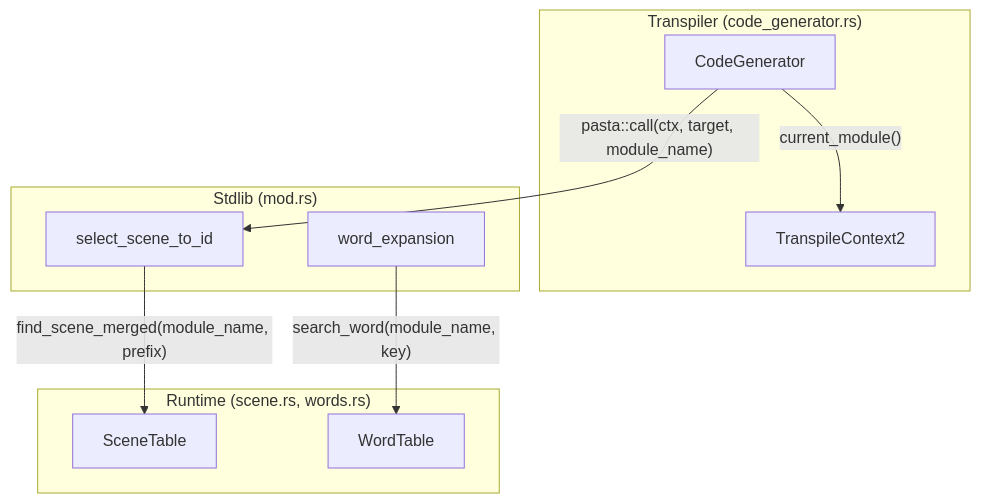
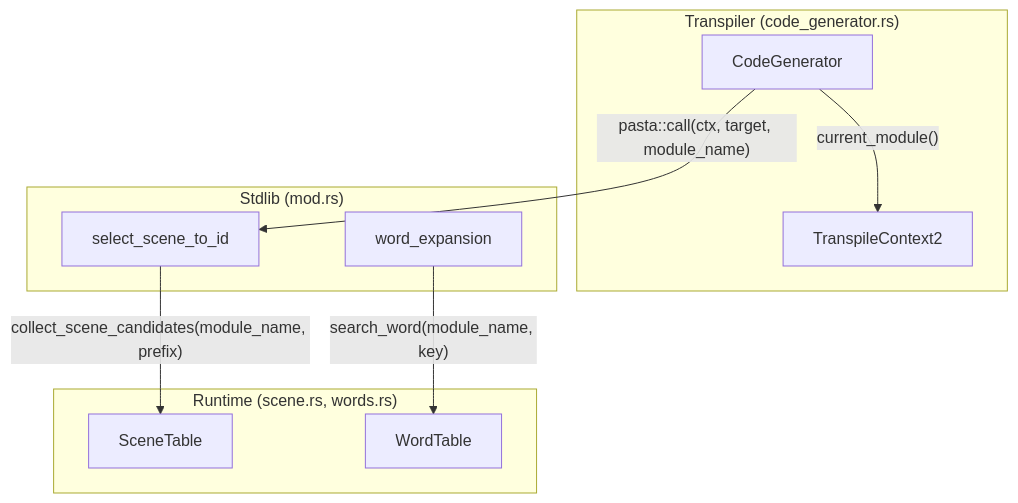
One commit to ekicyou/pasta changed the first of 2 diagrams in .kiro/specs/call-unified-scope-resolution/design.md. Above: the diagram before and after it, drawn with Mermaid. The commit also changed other lines of this file, not shown here.

Commit message:
refactor(design): API 名称統一 - WordTable との対称性確立、find_scene_merged → collect_scene_candidates、resolve_scene_id_unified → resolve_scene_id

````diff
--- a/.kiro/specs/call-unified-scope-resolution/design.md
+++ b/.kiro/specs/call-unified-scope-resolution/design.md
@@ -44,22 +44,22 @@
 ```mermaid
 graph TB
     subgraph Transpiler["Transpiler (code_generator.rs)"]
         CG[CodeGenerator]
         CTX[TranspileContext2]
     end
     
     subgraph Runtime["Runtime (scene.rs, words.rs)"]
         ST[SceneTable]
         WT[WordTable]
     end
     
     subgraph Stdlib["Stdlib (mod.rs)"]
         SSI[select_scene_to_id]
         WE[word_expansion]
     end
     
     CG -->|"current_module()"| CTX
     CG -->|"pasta::call(ctx, target, module_name)"| SSI
-    SSI -->|"find_scene_merged(module_name, prefix)"| ST
+    SSI -->|"collect_scene_candidates(module_name, prefix)"| ST
     WE -->|"search_word(module_name, key)"| WT
 ```
````
